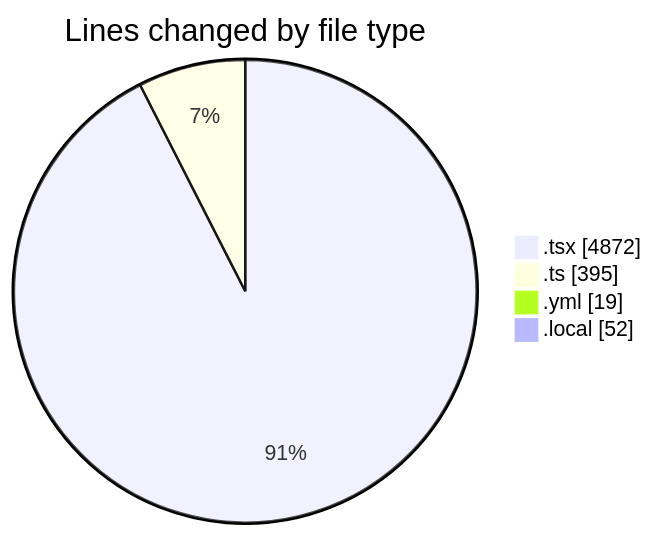
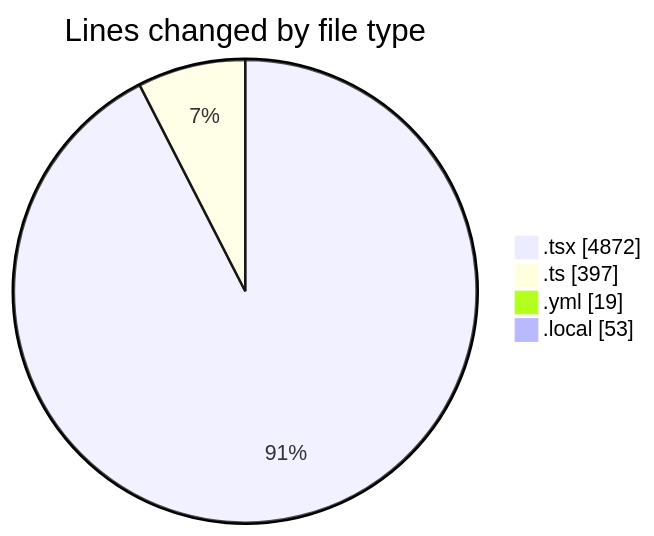
One commit to julien-gomy/code-tracking changed the first of 2 diagrams in 2025-11-18/eventscop-frontend-guide__workspace_/README.md. Above: the diagram before and after it, drawn with Mermaid. The commit also changed other lines of this file and 1 other file, not shown here.

````diff
--- a/2025-11-18/eventscop-frontend-guide__workspace_/README.md
+++ b/2025-11-18/eventscop-frontend-guide__workspace_/README.md
@@ -61,8 +61,8 @@
 ```mermaid
 pie showData
 title Lines changed by file type
 ".tsx" : 4872
-".ts" : 395
+".ts" : 397
 ".yml" : 19
-".local" : 52
+".local" : 53
 ```
````
